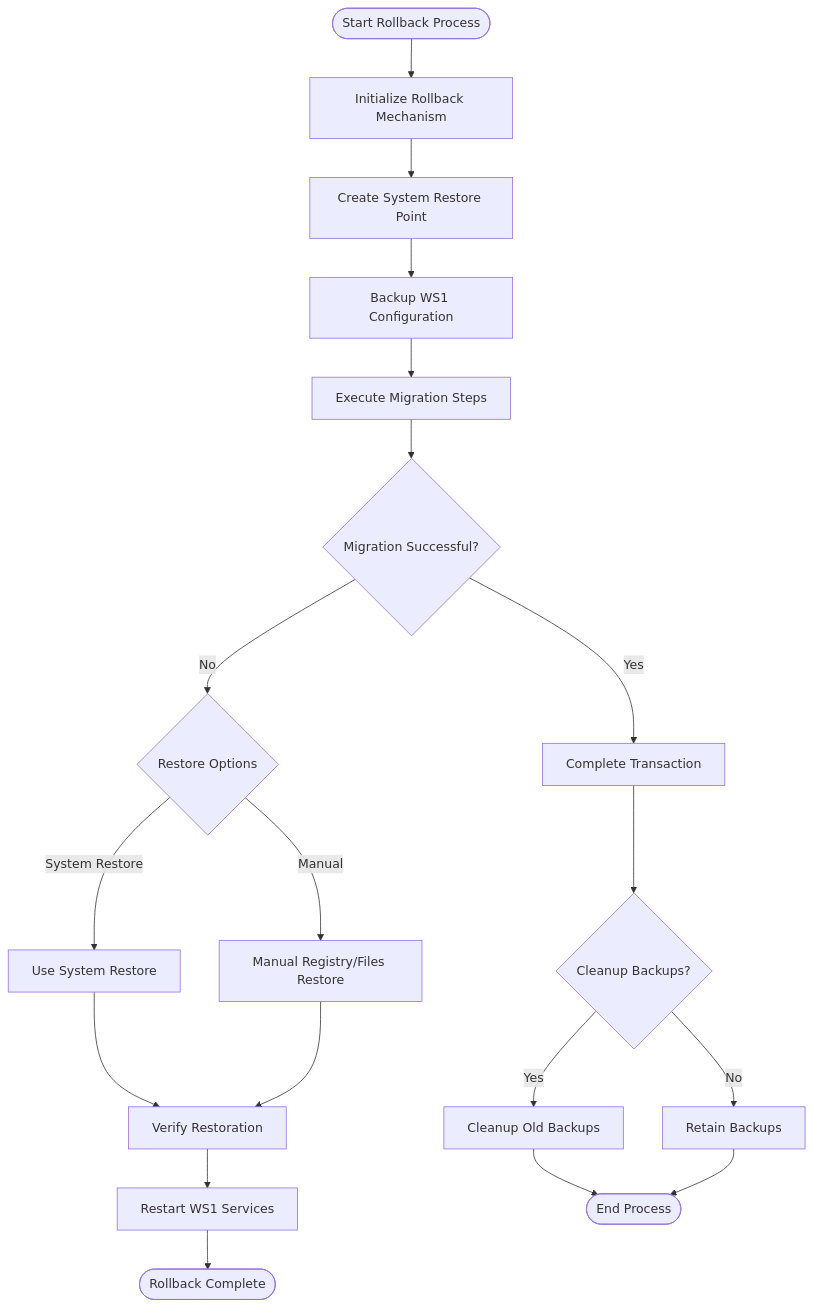
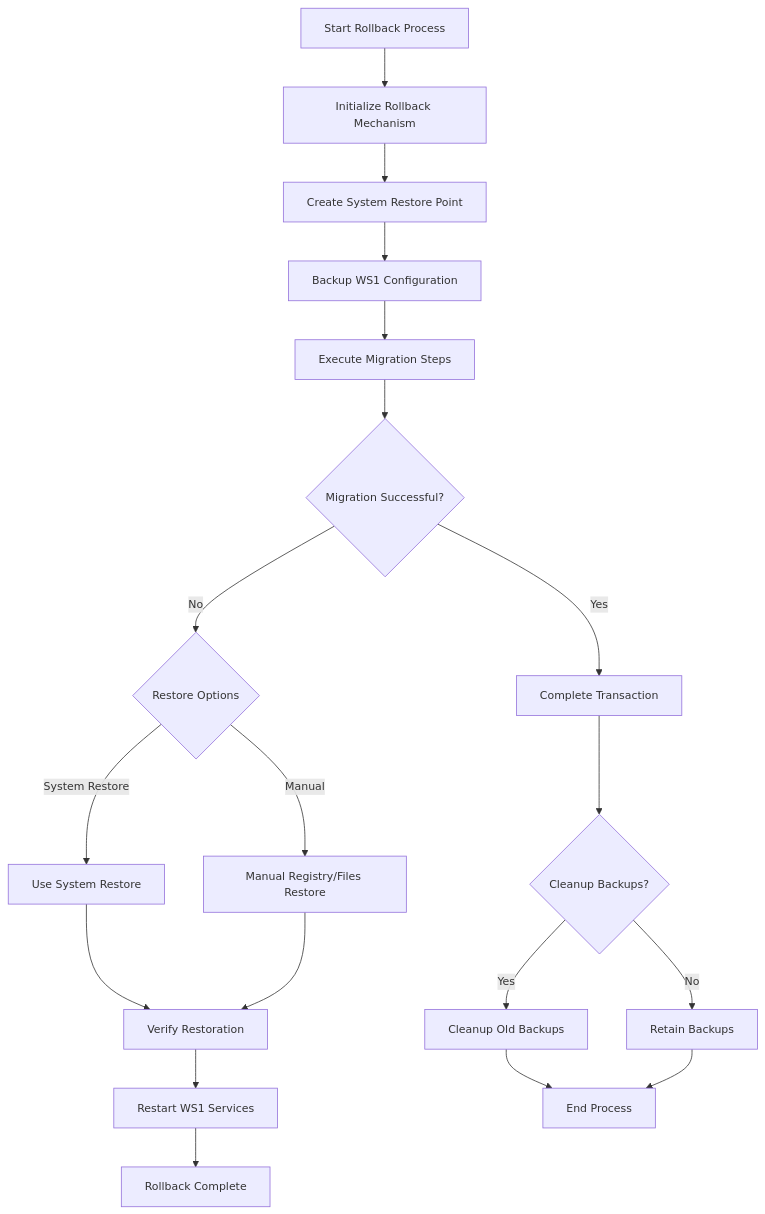
Before and after one commit to alphaminmax/Workspace-One-to-Azure-Intune-Migration-Toolkit-MVP-Edition: the third of 5 diagrams in docs/Workflow-Diagrams.md, drawn with Mermaid. The commit also changed other lines of this file and 10 other files, not shown here.

````diff
--- a/docs/Workflow-Diagrams.md
+++ b/docs/Workflow-Diagrams.md
@@ -46,21 +48,22 @@
 ```mermaid
-graph TD
-Start([Start Rollback Process]) --> InitRollback[Initialize Rollback Mechanism]
-InitRollback --> RestorePoint[Create System Restore Point]
-RestorePoint --> BackupConfig[Backup WS1 Configuration]
-BackupConfig --> MigrationExecute[Execute Migration Steps]
-MigrationExecute --> Success{Migration Successful?}
-Success -->|Yes| CompleteTrans[Complete Transaction]
-Success -->|No| RestoreOptions{Restore Options}
-RestoreOptions -->|System Restore| UseSystemRestore[Use System Restore]
-RestoreOptions -->|Manual| ManualRestore[Manual Registry/Files Restore]
-UseSystemRestore --> VerifyRestore[Verify Restoration]
-ManualRestore --> VerifyRestore
-VerifyRestore --> RestartServices[Restart WS1 Services]
-RestartServices --> CompleteRollback([Rollback Complete])
-CompleteTrans --> CleanupCheck{Cleanup Backups?}
-CleanupCheck -->|Yes| CleanupBackups[Cleanup Old Backups]
-CleanupCheck -->|No| KeepBackups[Retain Backups]
-CleanupBackups --> End([End Process])
-KeepBackups --> End
+%%{init: {'theme': 'default', 'themeVariables': { 'primaryColor': '#d35f5f', 'fontSize': '14px'}}}%%
+flowchart TD
+A[Start Rollback Process] --> B[Initialize Rollback Mechanism]
+B --> C[Create System Restore Point]
+C --> D[Backup WS1 Configuration]
+D --> E[Execute Migration Steps]
+E --> F{Migration Successful?}
+F -->|Yes| G[Complete Transaction]
+F -->|No| H{Restore Options}
+H -->|System Restore| I[Use System Restore]
+H -->|Manual| J[Manual Registry/Files Restore]
+I --> K[Verify Restoration]
+J --> K
+K --> L[Restart WS1 Services]
+L --> M[Rollback Complete]
+G --> N{Cleanup Backups?}
+N -->|Yes| O[Cleanup Old Backups]
+N -->|No| P[Retain Backups]
+O --> Q[End Process]
+P --> Q
 ```
````
